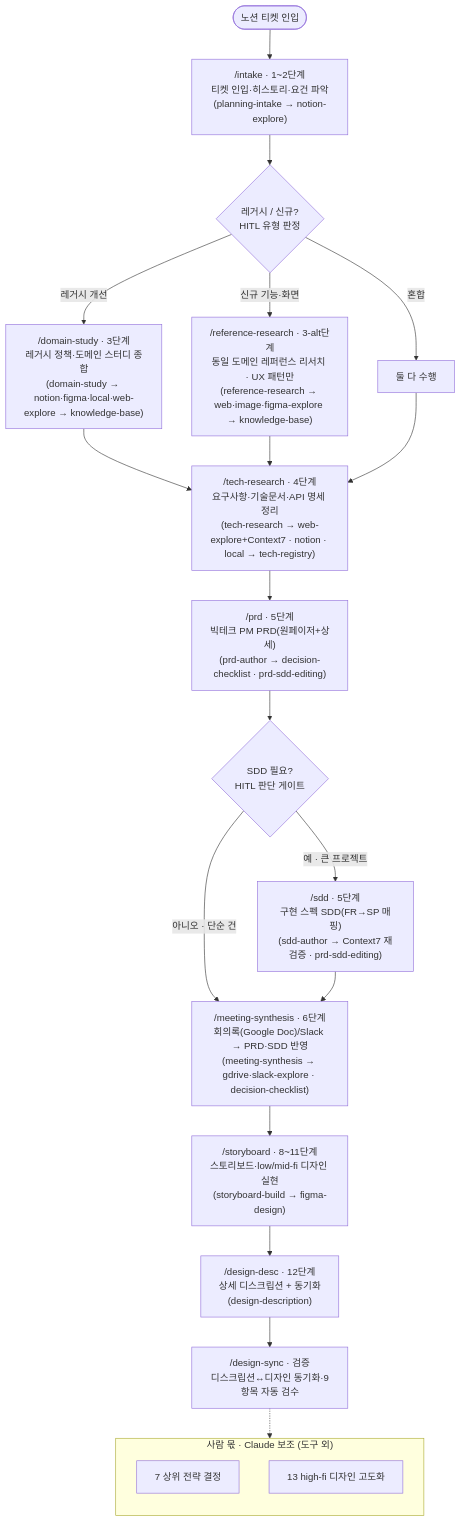
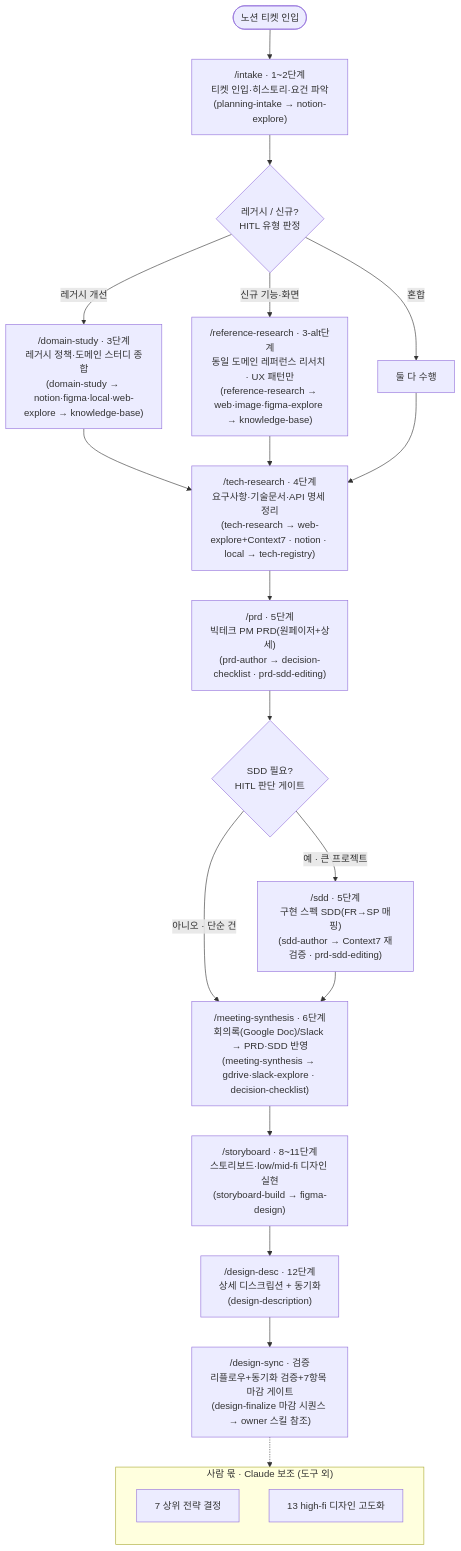
One commit to reuskimsugnmin/myJob-planning-automation changed the diagram in README.md. Above: the diagram before and after it, drawn with Mermaid. The commit also changed other lines of this file and 5 other files, not shown here.

First line of the commit message:
feat: 워크플로우 스코프 확정 — ERD 작도 제외·decision-brief 기존 도구 대체, Phase 2·3 완료 (v0.9.16)

````diff
--- a/README.md
+++ b/README.md
@@ -34,34 +34,34 @@
 ```mermaid
 flowchart TD
     Start([노션 티켓 인입]) --> Intake["/intake · 1~2단계<br/>티켓 인입·히스토리·요건 파악<br/>(planning-intake → notion-explore)"]
     Intake --> Type{"레거시 / 신규?<br/>HITL 유형 판정"}
 
     Type -->|레거시 개선| Domain["/domain-study · 3단계<br/>레거시 정책·도메인 스터디 종합<br/>(domain-study → notion·figma·local·web-explore → knowledge-base)"]
     Type -->|신규 기능·화면| Ref["/reference-research · 3-alt단계<br/>동일 도메인 레퍼런스 리서치 · UX 패턴만<br/>(reference-research → web·image·figma-explore → knowledge-base)"]
     Type -->|혼합| Both["둘 다 수행"]
 
     Domain --> Tech
     Ref --> Tech
     Both --> Tech
 
     Tech["/tech-research · 4단계<br/>요구사항·기술문서·API 명세 정리<br/>(tech-research → web-explore+Context7 · notion · local → tech-registry)"]
     Tech --> PRD["/prd · 5단계<br/>빅테크 PM PRD(원페이저+상세)<br/>(prd-author → decision-checklist · prd-sdd-editing)"]
 
     PRD --> Gate{"SDD 필요?<br/>HITL 판단 게이트"}
     Gate -->|예 · 큰 프로젝트| SDD["/sdd · 5단계<br/>구현 스펙 SDD(FR→SP 매핑)<br/>(sdd-author → Context7 재검증 · prd-sdd-editing)"]
     Gate -->|아니오 · 단순 건| Meeting
     SDD --> Meeting
 
     Meeting["/meeting-synthesis · 6단계<br/>회의록(Google Doc)/Slack → PRD·SDD 반영<br/>(meeting-synthesis → gdrive·slack-explore · decision-checklist)"]
 
     Meeting --> Storyboard["/storyboard · 8~11단계<br/>스토리보드·low/mid-fi 디자인 실현<br/>(storyboard-build → figma-design)"]
     Storyboard --> DesignDesc["/design-desc · 12단계<br/>상세 디스크립션 + 동기화<br/>(design-description)"]
-    DesignDesc --> DesignSync["/design-sync · 검증<br/>디스크립션↔디자인 동기화·9항목 자동 검수"]
+    DesignDesc --> DesignSync["/design-sync · 검증<br/>리플로우+동기화 검증+7항목 마감 게이트<br/>(design-finalize 마감 시퀀스 → owner 스킬 참조)"]
 
     DesignSync -.-> Future
     subgraph Future ["사람 몫 · Claude 보조 (도구 외)"]
         direction TB
         S7["7 상위 전략 결정"]
         S13["13 high-fi 디자인 고도화"]
     end
 ```
````
